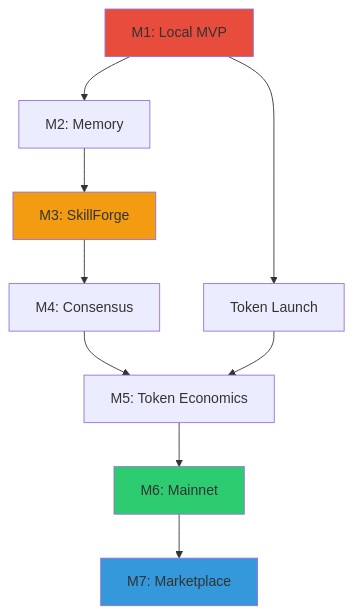
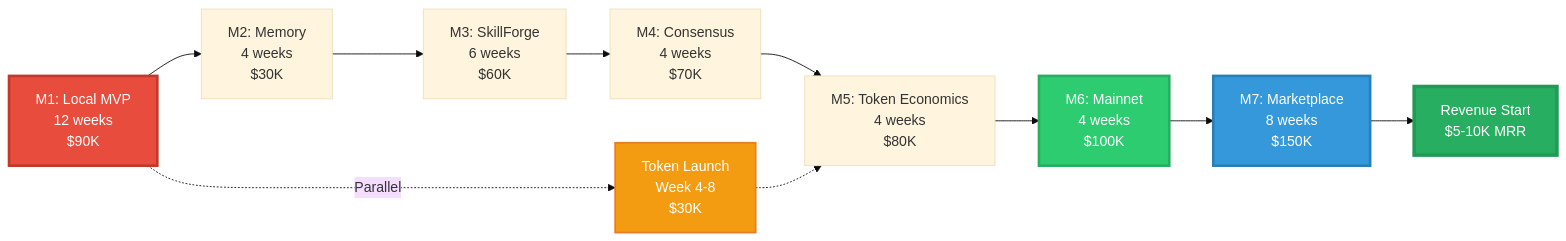
One commit to actiquest-dev/actiquest.github.io changed the third of 7 diagrams in roadmap/roadmap.md. Above: the diagram before and after it, drawn with Mermaid. The commit also changed other lines of this file, not shown here.

````diff
--- a/roadmap/roadmap.md
+++ b/roadmap/roadmap.md
@@ -489,16 +96,30 @@
 ```mermaid
-graph TD
-    A[M1: Local MVP] --> B[M2: Memory]
-    A --> C[Token Launch]
-    B --> D[M3: SkillForge]
-    D --> E[M4: Consensus]
-    E --> F[M5: Token Economics]
-    C --> F
-    F --> G[M6: Mainnet]
-    G --> H[M7: Marketplace]
+%%{init: {'theme':'base', 'themeVariables': {'fontSize':'16px'}}}%%
+flowchart LR
+    M1[M1: Local MVP<br/>12 weeks<br/>$90K]
+    M2[M2: Memory<br/>4 weeks<br/>$30K]
+    M3[M3: SkillForge<br/>6 weeks<br/>$60K]
+    M4[M4: Consensus<br/>4 weeks<br/>$70K]
+    M5[M5: Token Economics<br/>4 weeks<br/>$80K]
+    M6[M6: Mainnet<br/>4 weeks<br/>$100K]
+    M7[M7: Marketplace<br/>8 weeks<br/>$150K]
     
-    style A fill:#e74c3c
-    style D fill:#f39c12
-    style G fill:#2ecc71
-    style H fill:#3498db
+    TOKEN[Token Launch<br/>Week 4-8<br/>$30K]
+    
+    M1 --> M2
+    M1 -.Parallel.-> TOKEN
+    M2 --> M3
+    M3 --> M4
+    M4 --> M5
+    TOKEN -.-> M5
+    M5 --> M6
+    M6 --> M7
+    
+    M7 --> REVENUE[Revenue Start<br/>$5-10K MRR]
+    
+    style M1 fill:#e74c3c,stroke:#c0392b,stroke-width:3px,color:#fff
+    style M6 fill:#2ecc71,stroke:#27ae60,stroke-width:3px,color:#fff
+    style M7 fill:#3498db,stroke:#2980b9,stroke-width:3px,color:#fff
+    style TOKEN fill:#f39c12,stroke:#e67e22,stroke-width:2px,color:#fff
+    style REVENUE fill:#27ae60,stroke:#229954,stroke-width:4px,color:#fff
 ```
````
